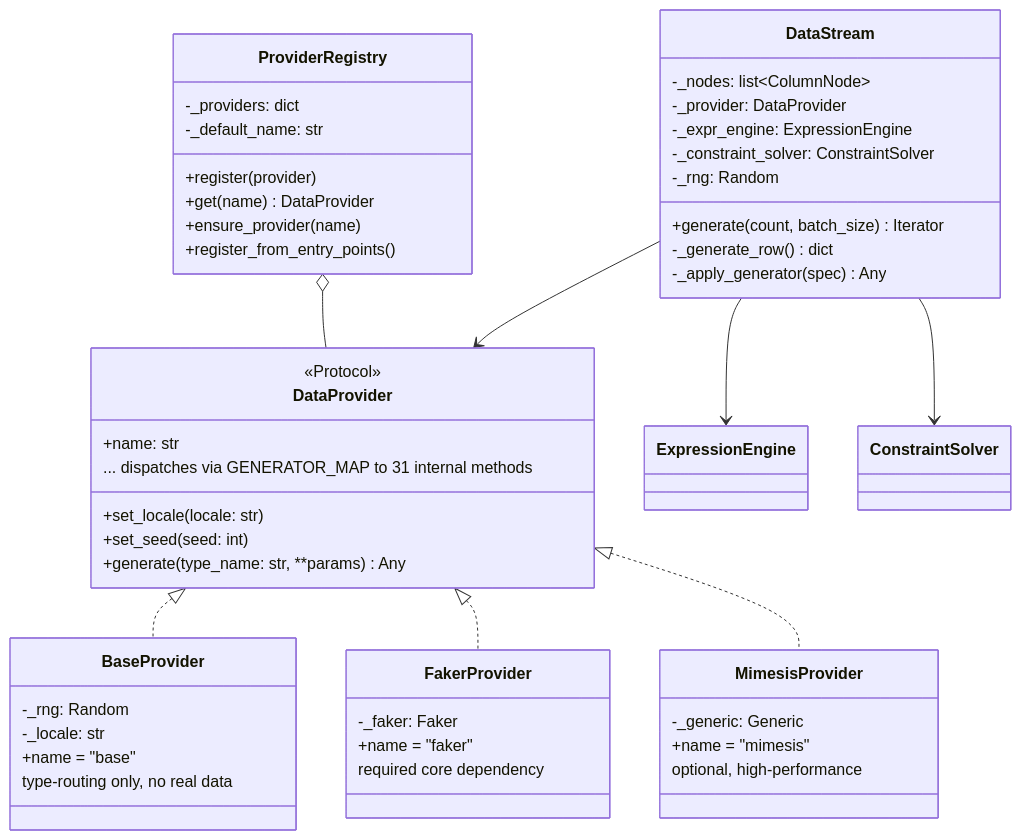
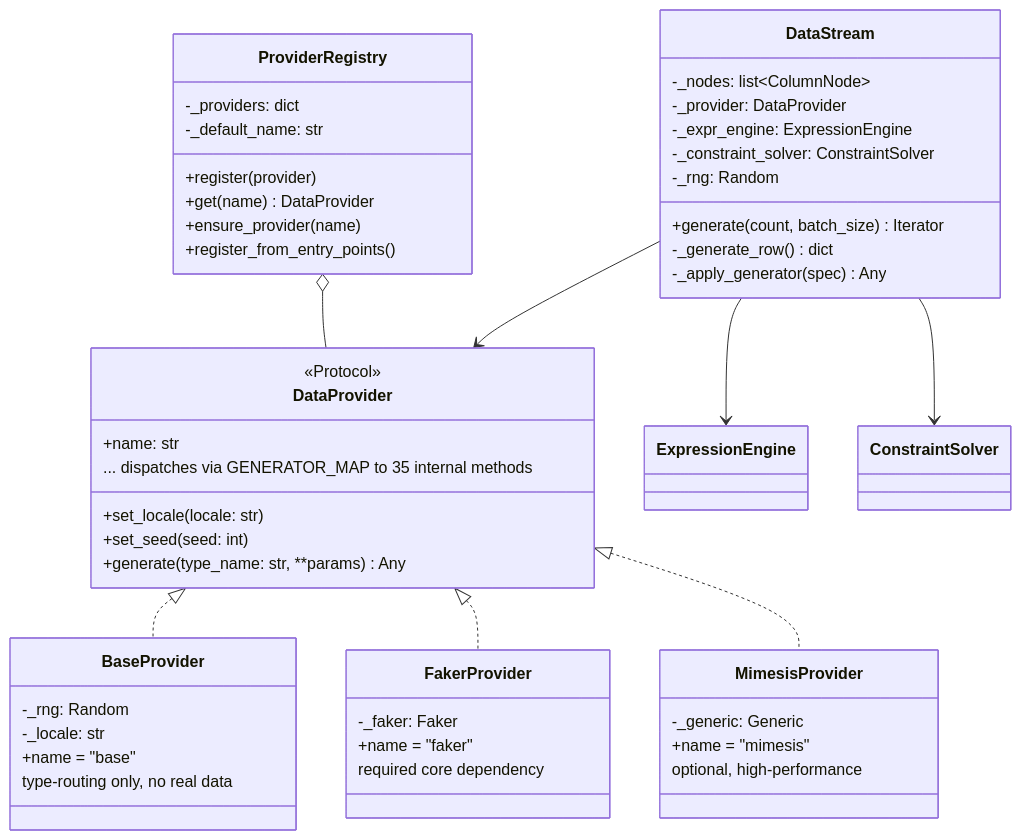
One commit to sunbos/sqlseed changed the fourth of 11 diagrams in docs/architecture.md. Above: the diagram before and after it, drawn with Mermaid. The commit also changed other lines of this file and 31 other files, not shown here.

````diff
--- a/docs/architecture.md
+++ b/docs/architecture.md
@@ -267,58 +269,58 @@
 ```mermaid
 classDiagram
     class DataProvider {
         <<Protocol>>
         +name: str
         +set_locale(locale: str)
         +set_seed(seed: int)
         +generate(type_name: str, **params) Any
-        ... dispatches via GENERATOR_MAP to 31 internal methods
+        ... dispatches via GENERATOR_MAP to 35 internal methods
     }
 
     class BaseProvider {
         -_rng: Random
         -_locale: str
         +name = "base"
         type-routing only, no real data
     }
 
     class FakerProvider {
         -_faker: Faker
         +name = "faker"
         required core dependency
     }
 
     class MimesisProvider {
         -_generic: Generic
         +name = "mimesis"
         optional, high-performance
     }
 
     class ProviderRegistry {
         -_providers: dict
         -_default_name: str
         +register(provider)
         +get(name) DataProvider
         +ensure_provider(name)
         +register_from_entry_points()
     }
 
     class DataStream {
         -_nodes: list~ColumnNode~
         -_provider: DataProvider
         -_expr_engine: ExpressionEngine
         -_constraint_solver: ConstraintSolver
         -_rng: Random
         +generate(count, batch_size) Iterator
         -_generate_row() dict
         -_apply_generator(spec) Any
     }
 
     DataProvider <|.. BaseProvider
     DataProvider <|.. FakerProvider
     DataProvider <|.. MimesisProvider
     ProviderRegistry o-- DataProvider
     DataStream --> DataProvider
     DataStream --> ExpressionEngine
     DataStream --> ConstraintSolver
 ```
````
